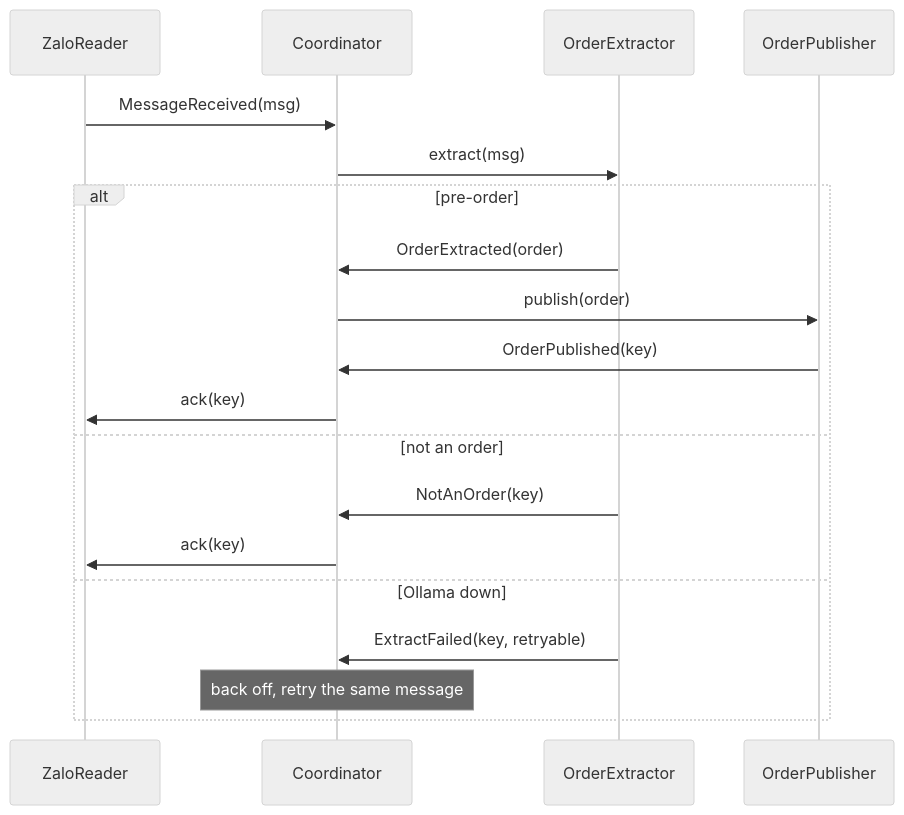
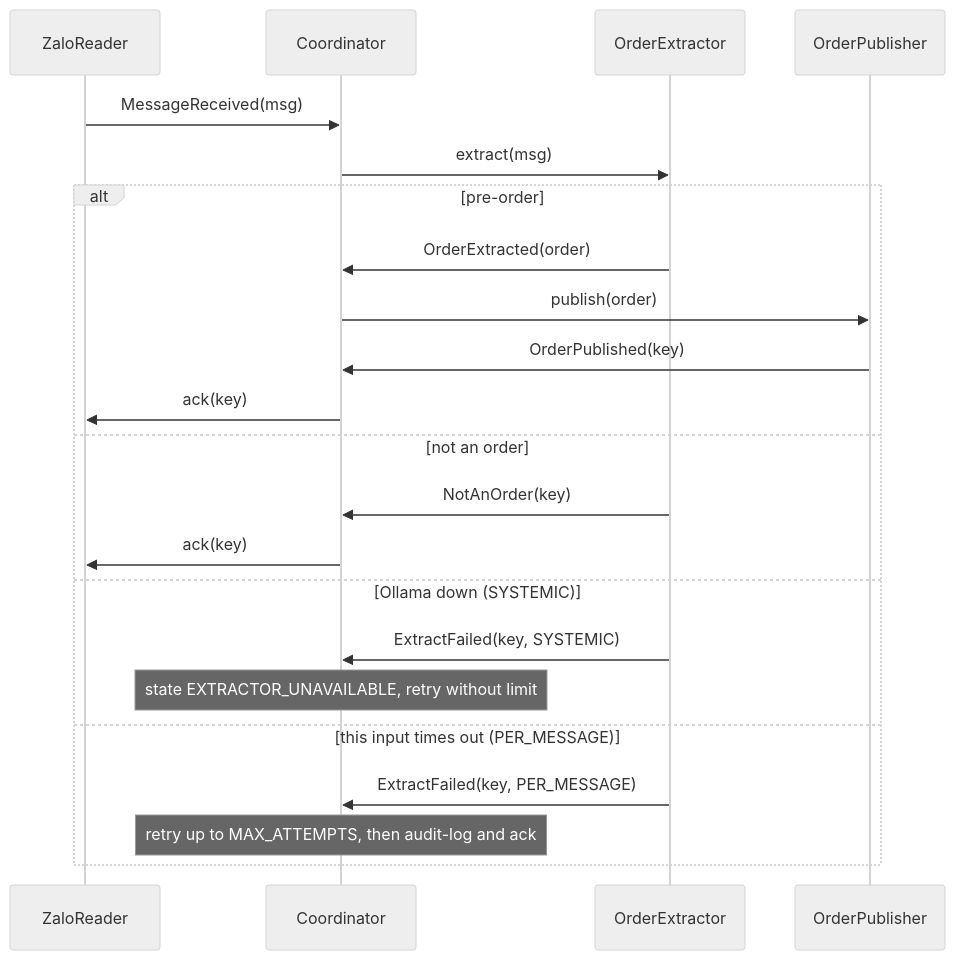
One commit to vungdv/coco-zalo-qwen changed the second of 2 diagrams in spec.md. Above: the diagram before and after it, drawn with Mermaid (neutral theme). The commit also changed other lines of this file, not shown here.

````diff
--- a/spec.md
+++ b/spec.md
@@ -237,22 +289,25 @@
 ```mermaid
 sequenceDiagram
     participant R as ZaloReader
     participant C as Coordinator
     participant E as OrderExtractor
     participant P as OrderPublisher
 
     R->>C: MessageReceived(msg)
     C->>E: extract(msg)
     alt pre-order
         E->>C: OrderExtracted(order)
         C->>P: publish(order)
         P->>C: OrderPublished(key)
         C->>R: ack(key)
     else not an order
         E->>C: NotAnOrder(key)
         C->>R: ack(key)
-    else Ollama down
-        E->>C: ExtractFailed(key, retryable)
-        Note over C: back off, retry the same message
+    else Ollama down (SYSTEMIC)
+        E->>C: ExtractFailed(key, SYSTEMIC)
+        Note over C: state EXTRACTOR_UNAVAILABLE, retry without limit
+    else this input times out (PER_MESSAGE)
+        E->>C: ExtractFailed(key, PER_MESSAGE)
+        Note over C: retry up to MAX_ATTEMPTS, then audit-log and ack
     end
 ```
````
